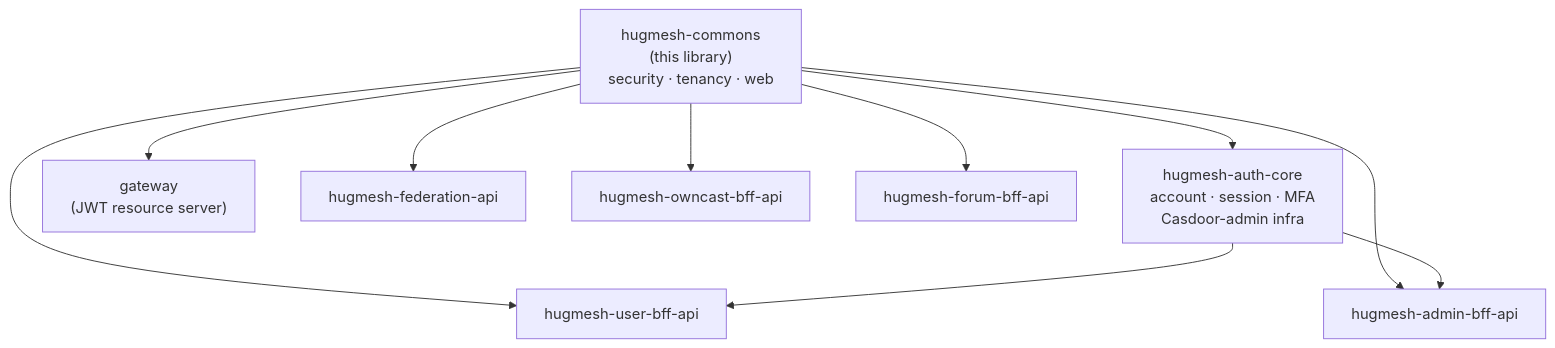
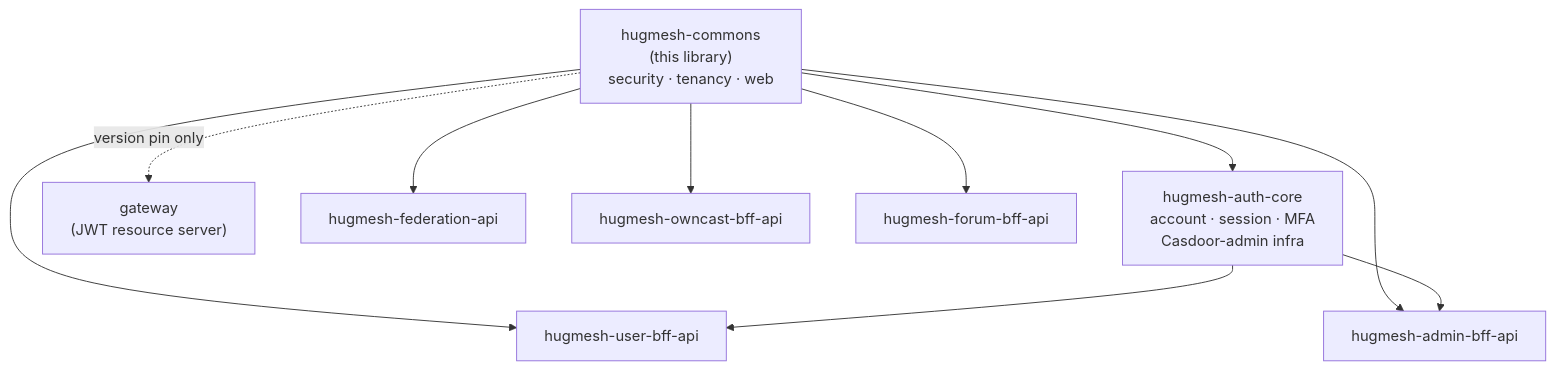
Before and after one commit to hugmesh/hugmesh-commons: the first of 2 diagrams in README.md, drawn with Mermaid. The commit also changed other lines of this file and 1 other file, not shown here.

````diff
--- a/README.md
+++ b/README.md
@@ -19,21 +24,21 @@
 ```mermaid
 flowchart TB
     commons["hugmesh-commons\n(this library)\nsecurity · tenancy · web"]
     auth_core["hugmesh-auth-core\naccount · session · MFA\nCasdoor-admin infra"]
     gateway["gateway\n(JWT resource server)"]
     federation["hugmesh-federation-api"]
     user_bff["hugmesh-user-bff-api"]
     admin_bff["hugmesh-admin-bff-api"]
     owncast_bff["hugmesh-owncast-bff-api"]
     forum_bff["hugmesh-forum-bff-api"]
 
     commons --> auth_core
-    commons --> gateway
+    commons -.->|version pin only| gateway
     commons --> federation
     commons --> user_bff
     commons --> admin_bff
     commons --> owncast_bff
     commons --> forum_bff
     auth_core --> user_bff
     auth_core --> admin_bff
 ```
````
